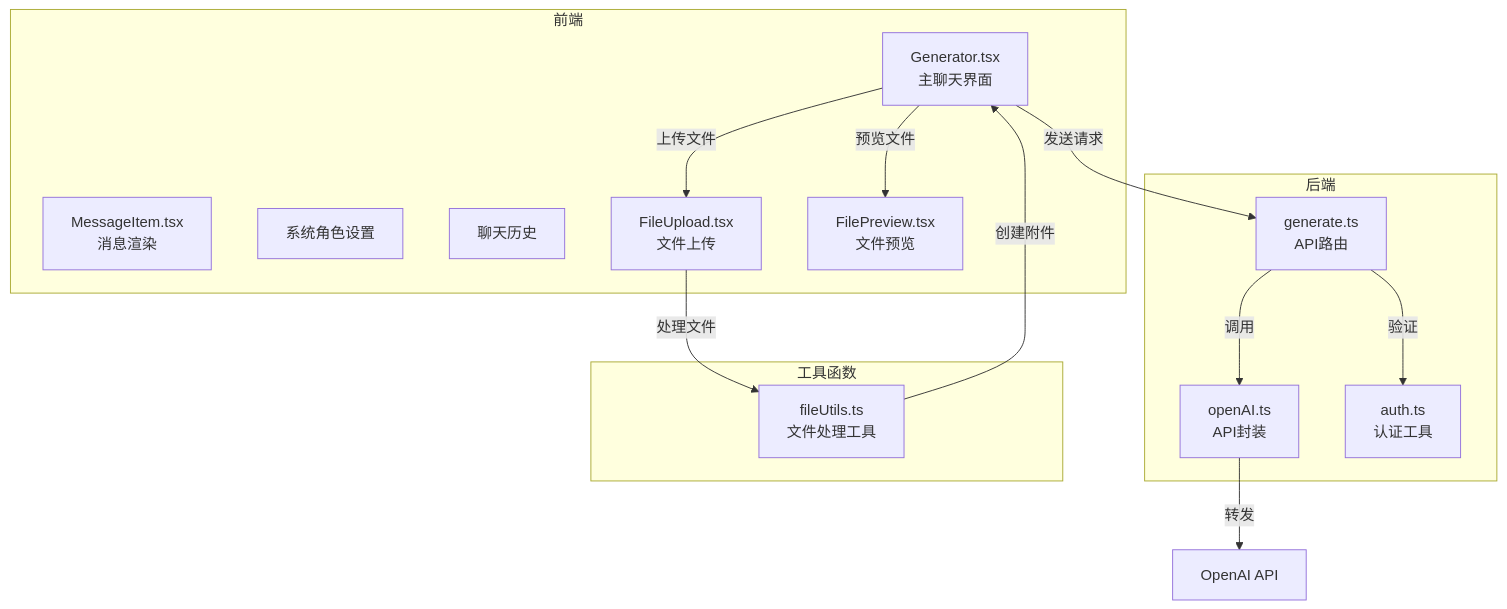
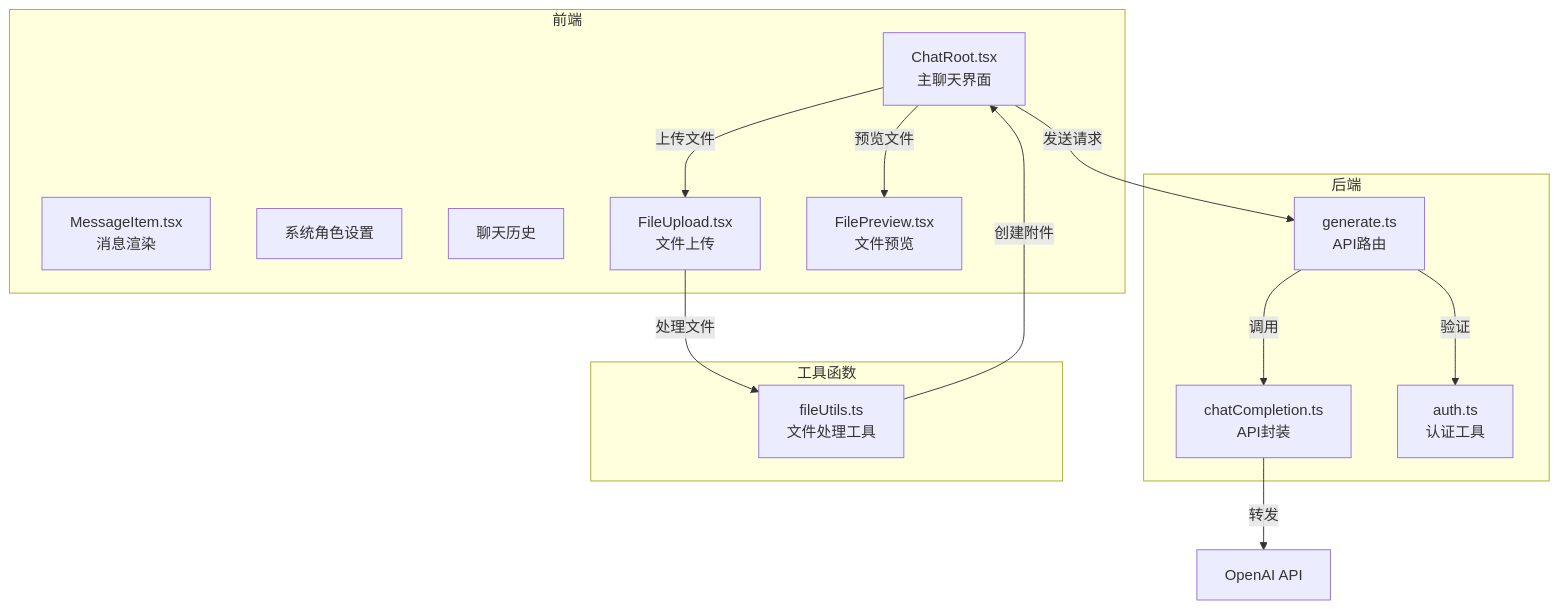
Before and after one commit to zfyime/chat-mini: the first of 7 diagrams in .qoder/repowiki/zh/content/核心功能详解/聊天交互功能.md, drawn with Mermaid. The commit also changed other lines of this file and 52 other files, not shown here.

````diff
--- a/.qoder/repowiki/zh/content/核心功能详解/聊天交互功能.md
+++ b/.qoder/repowiki/zh/content/核心功能详解/聊天交互功能.md
@@ -37,27 +37,27 @@
 ```mermaid
 graph TB
 subgraph "前端"
-Generator[Generator.tsx<br>主聊天界面]
+Generator[ChatRoot.tsx<br>主聊天界面]
 MessageItem[MessageItem.tsx<br>消息渲染]
 SystemRoleSettings[系统角色设置]
 ChatHistory[聊天历史]
 FileUpload[FileUpload.tsx<br>文件上传]
 FilePreview[FilePreview.tsx<br>文件预览]
 end
 subgraph "后端"
 generate[generate.ts<br>API路由]
-openAI[openAI.ts<br>API封装]
+openAI[chatCompletion.ts<br>API封装]
 auth[auth.ts<br>认证工具]
 end
 subgraph "工具函数"
 fileUtils[fileUtils.ts<br>文件处理工具]
 end
 Generator --> |发送请求| generate
 generate --> |调用| openAI
 generate --> |验证| auth
 openAI --> |转发| OpenAI[OpenAI API]
 Generator --> |上传文件| FileUpload
 FileUpload --> |处理文件| fileUtils
 fileUtils --> |创建附件| Generator
 Generator --> |预览文件| FilePreview
 ```
````
